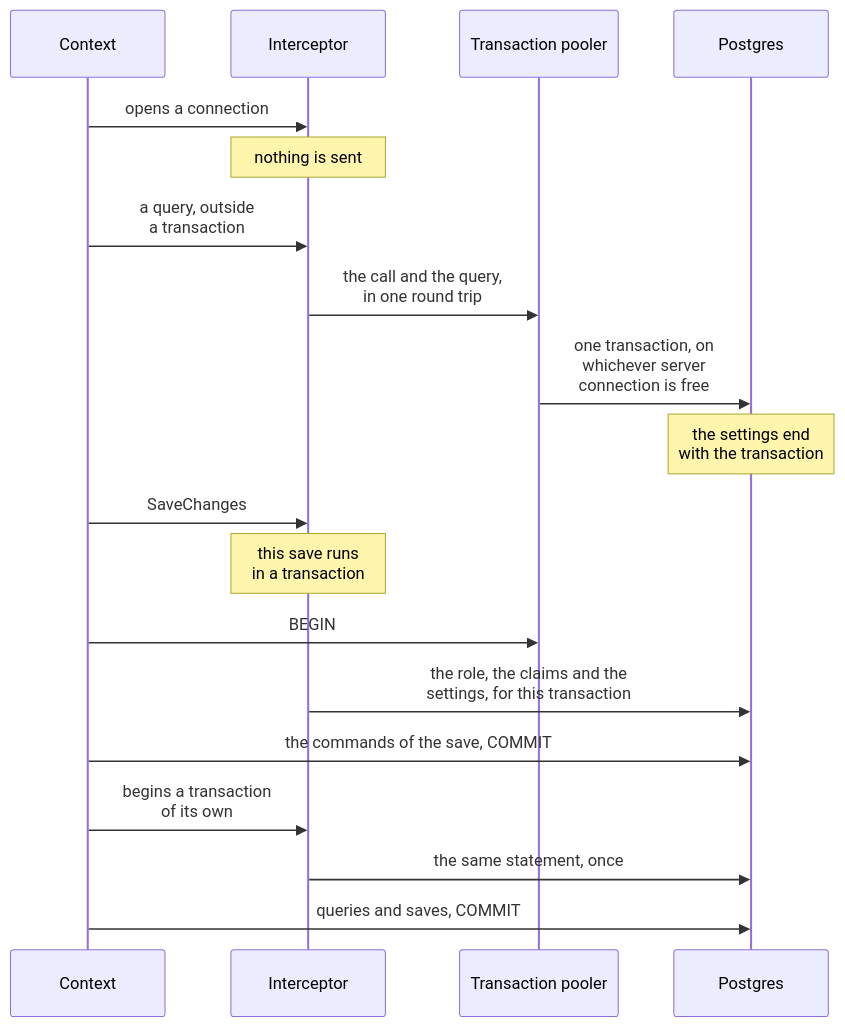
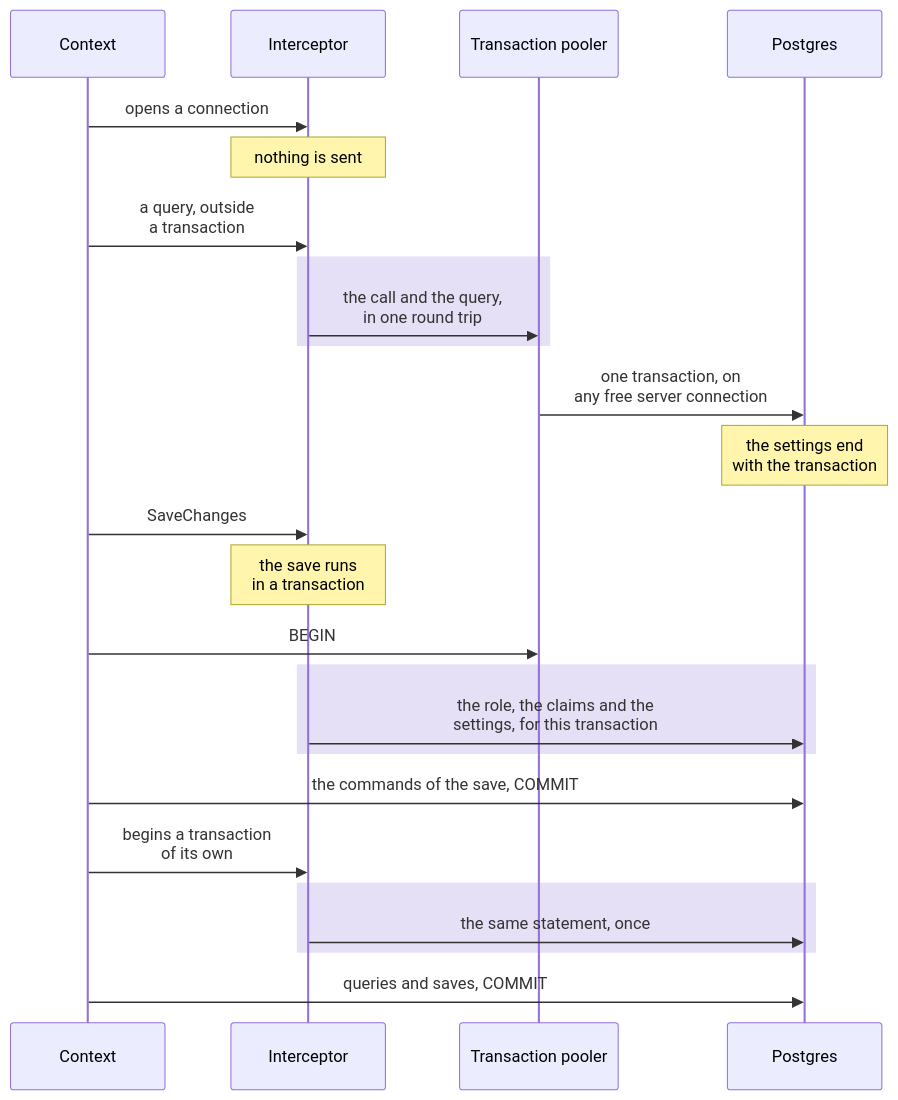
Before and after one commit to DylanSnel/DDDToolkit: the second of 14 diagrams in docs/row-level-security.md, drawn with Mermaid. The commit also changed other lines of this file and 41 other files, not shown here.

First line of the commit message:
Docs: plain prose, one word per concept, and readable diagrams on every page

````diff
--- a/docs/row-level-security.md
+++ b/docs/row-level-security.md
@@ -173,21 +197,27 @@
 ```mermaid
 sequenceDiagram
     participant Context
     participant Interceptor
     participant Pooler as Transaction pooler
     participant Postgres
     Context->>Interceptor: opens a connection
     Note over Interceptor: nothing is sent
     Context->>Interceptor: a query, outside<br/>a transaction
+    rect rgba(91, 46, 201, 0.15)
     Interceptor->>Pooler: the call and the query,<br/>in one round trip
-    Pooler->>Postgres: one transaction, on<br/>whichever server<br/>connection is free
+    end
+    Pooler->>Postgres: one transaction, on<br/>any free server connection
     Note over Postgres: the settings end<br/>with the transaction
     Context->>Interceptor: SaveChanges
-    Note over Interceptor: this save runs<br/>in a transaction
+    Note over Interceptor: the save runs<br/>in a transaction
     Context->>Pooler: BEGIN
+    rect rgba(91, 46, 201, 0.15)
     Interceptor->>Postgres: the role, the claims and the<br/>settings, for this transaction
+    end
     Context->>Postgres: the commands of the save, COMMIT
     Context->>Interceptor: begins a transaction<br/>of its own
+    rect rgba(91, 46, 201, 0.15)
     Interceptor->>Postgres: the same statement, once
+    end
     Context->>Postgres: queries and saves, COMMIT
 ```
````
